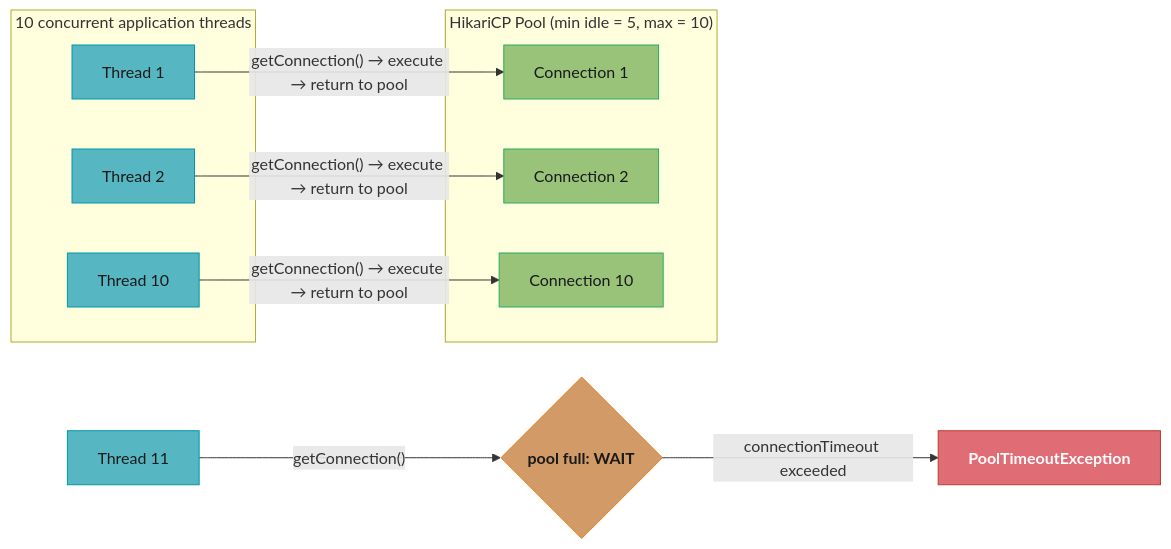
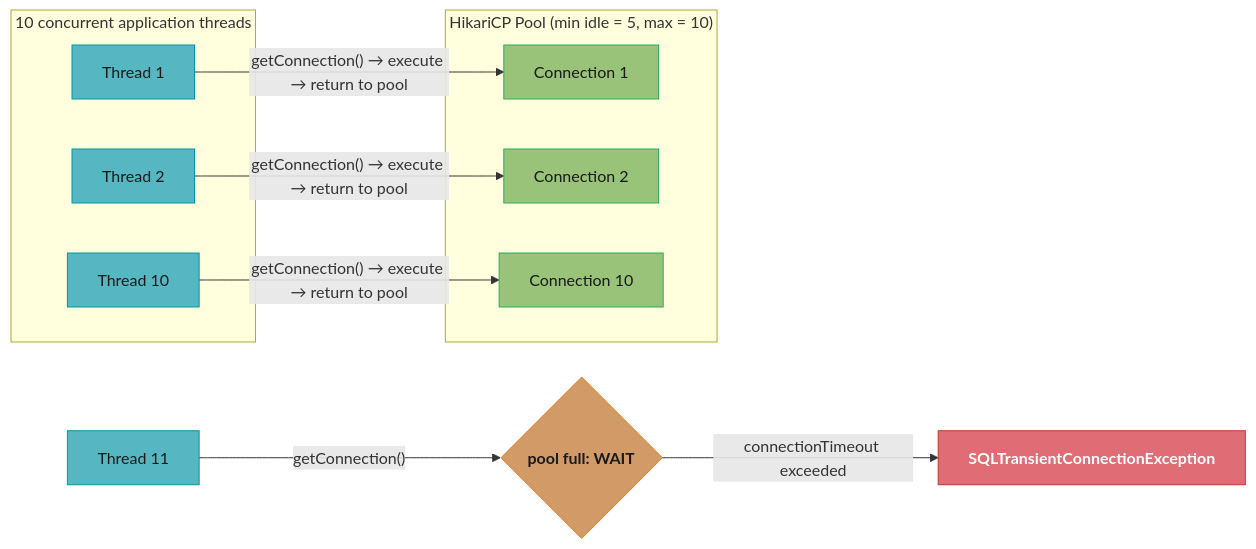
Before and after one commit to rppol/system-design: the second of 3 diagrams in src/main/java/com/rutik/systemdesign/java/jdbc_and_database/README.md, drawn with Mermaid. The commit also changed other lines of this file and 5 other files, not shown here.

````diff
--- a/src/main/java/com/rutik/systemdesign/java/jdbc_and_database/README.md
+++ b/src/main/java/com/rutik/systemdesign/java/jdbc_and_database/README.md
@@ -96,31 +96,31 @@
 ```mermaid
 flowchart LR
     classDef io      fill:#61afef,stroke:#2e86c1,color:#1a1a1a,font-weight:bold
     classDef frozen  fill:#c678dd,stroke:#9b59b6,color:#fff
     classDef train   fill:#98c379,stroke:#27ae60,color:#1a1a1a
     classDef mathOp  fill:#d19a66,stroke:#e67e22,color:#1a1a1a,font-weight:bold
     classDef lossN   fill:#e06c75,stroke:#c0392b,color:#fff,font-weight:bold
     classDef req     fill:#56b6c2,stroke:#0097a7,color:#1a1a1a
     classDef base    fill:#e5c07b,stroke:#f39c12,color:#1a1a1a
 
     subgraph Threads["10 concurrent application threads"]
         T1["Thread 1"]
         T2["Thread 2"]
         T10["Thread 10"]
     end
     subgraph Pool["HikariCP Pool (min idle = 5, max = 10)"]
         C1["Connection 1"]
         C2["Connection 2"]
         C10["Connection 10"]
     end
     T1 -->|"getConnection() → execute → return to pool"| C1
     T2 -->|"getConnection() → execute → return to pool"| C2
     T10 -->|"getConnection() → execute → return to pool"| C10
     T11["Thread 11"] -->|"getConnection()"| Wait{"pool full: WAIT"}
-    Wait -->|"connectionTimeout exceeded"| TO["PoolTimeoutException"]
+    Wait -->|"connectionTimeout exceeded"| TO["SQLTransientConnectionException"]
 
     class T1,T2,T10,T11 req
     class C1,C2,C10 train
     class Wait mathOp
     class TO lossN
 ```
````
